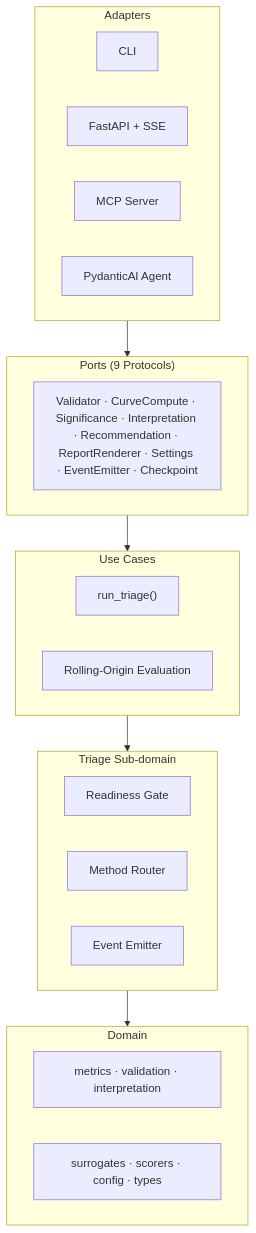
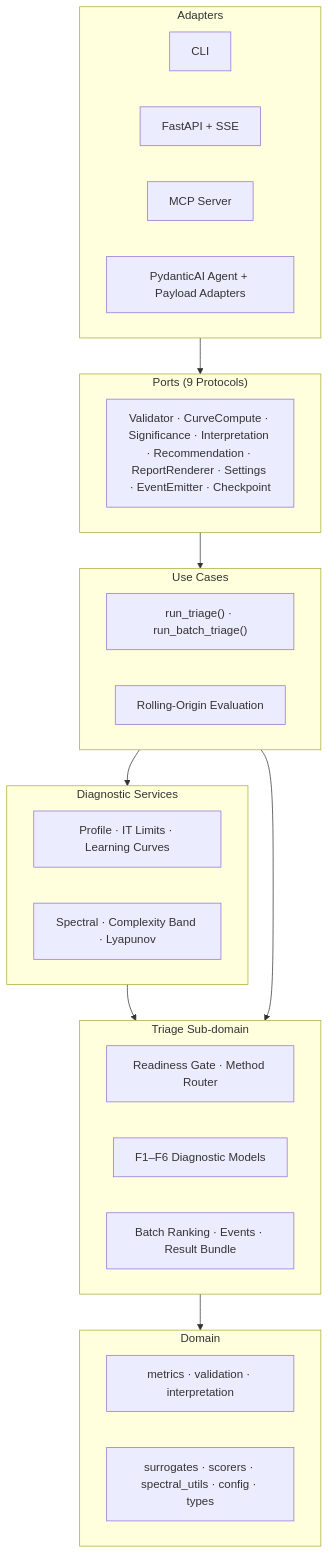
One commit to AdamKrysztopa/dependence-forecastability changed the first of 2 diagrams in README.md. Above: the diagram before and after it, drawn with Mermaid. The commit also changed other lines of this file and 119 other files, not shown here.

First line of the commit message:
feat: triage extension epic (F1–F9), agent adapters, examples, notebooks & docs (#6)

````diff
--- a/README.md
+++ b/README.md
@@ -56,30 +56,36 @@
 ```mermaid
 flowchart TD
     subgraph Adapters
         CLI["CLI"]
         API["FastAPI + SSE"]
         MCP["MCP Server"]
-        Agent["PydanticAI Agent"]
+        Agent["PydanticAI Agent + Payload Adapters"]
     end
     subgraph Ports["Ports (9 Protocols)"]
         P["Validator · CurveCompute · Significance · Interpretation · Recommendation · ReportRenderer · Settings · EventEmitter · Checkpoint"]
     end
     subgraph UseCases["Use Cases"]
-        UC1["run_triage()"]
+        UC1["run_triage() · run_batch_triage()"]
         UC2["Rolling-Origin Evaluation"]
     end
+    subgraph Services["Diagnostic Services"]
+        S1["Profile · IT Limits · Learning Curves"]
+        S2["Spectral · Complexity Band · Lyapunov"]
+    end
     subgraph Triage["Triage Sub-domain"]
-        T1["Readiness Gate"]
-        T2["Method Router"]
-        T3["Event Emitter"]
+        T1["Readiness Gate · Method Router"]
+        T2["F1–F6 Diagnostic Models"]
+        T3["Batch Ranking · Events · Result Bundle"]
     end
     subgraph Domain
         D1["metrics · validation · interpretation"]
-        D2["surrogates · scorers · config · types"]
+        D2["surrogates · scorers · spectral_utils · config · types"]
     end
 
     Adapters --> Ports
     Ports --> UseCases
+    UseCases --> Services
+    Services --> Triage
     UseCases --> Triage
     Triage --> Domain
 ```
````
